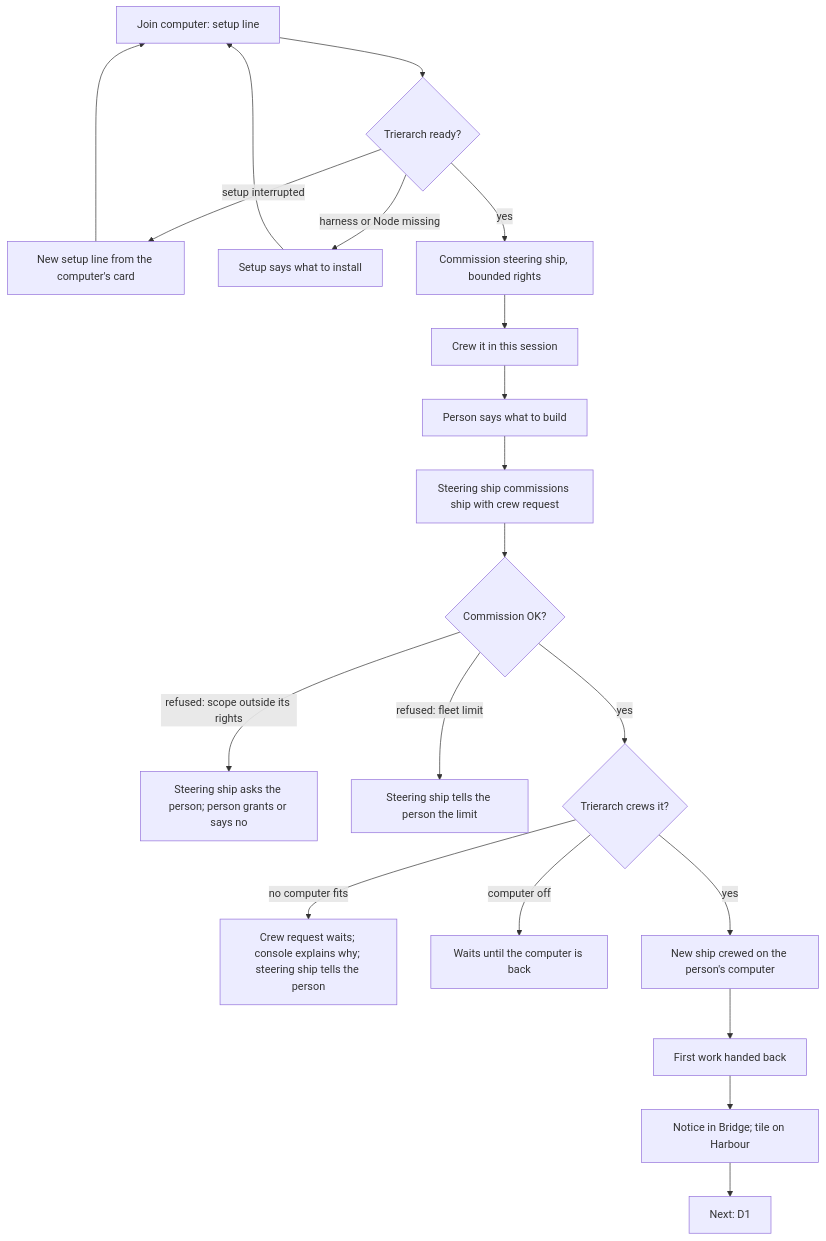
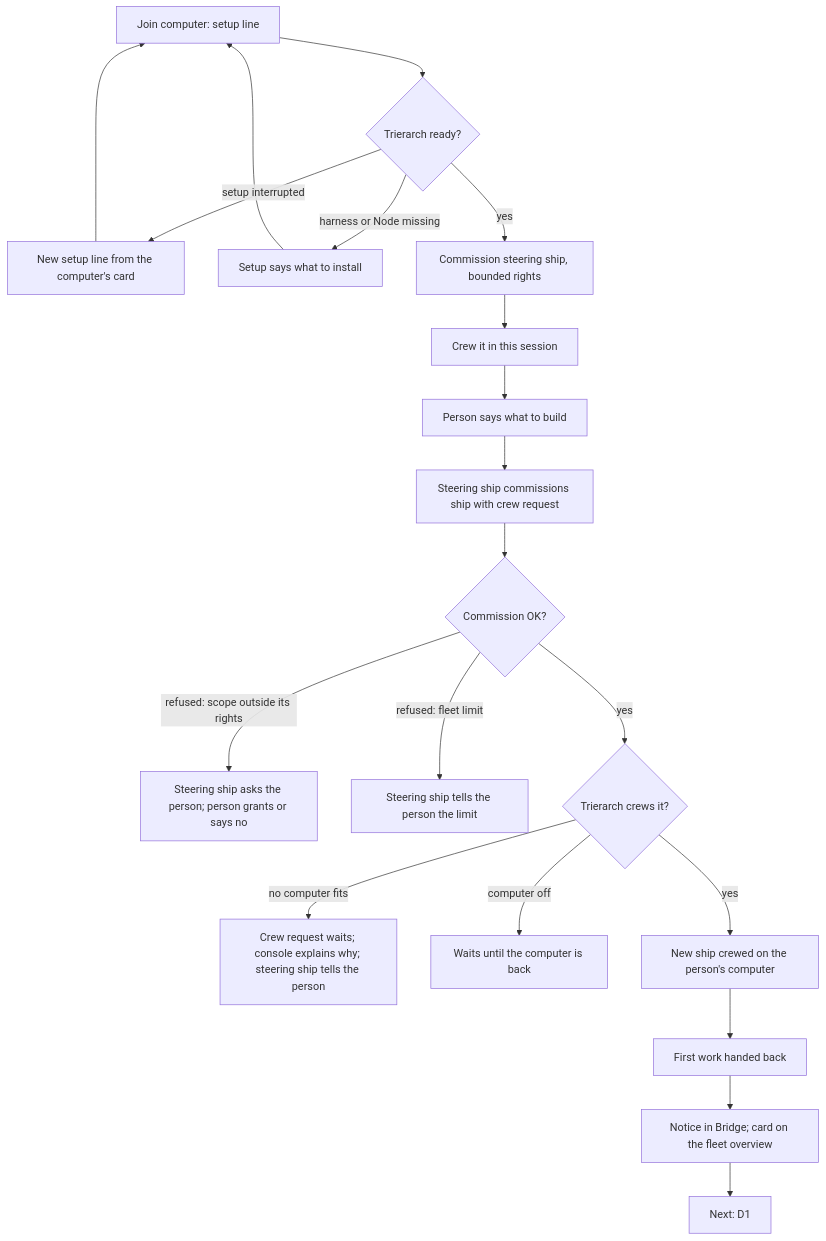
Before and after one commit to ThomasHendrickx/aeolus-fleet: the fifth of 9 diagrams in docs/design/hosted-onboarding/README.md, drawn with Mermaid. The commit also changed other lines of this file, not shown here.

````diff
--- a/docs/design/hosted-onboarding/README.md
+++ b/docs/design/hosted-onboarding/README.md
@@ -215,20 +225,20 @@
 ```mermaid
 flowchart TD
     a[Join computer: setup line] --> b{Trierarch ready?}
     b -->|setup interrupted| b1[New setup line from the computer's card] --> a
     b -->|harness or Node missing| b2[Setup says what to install] --> a
     b -->|yes| c[Commission steering ship, bounded rights]
     c --> d[Crew it in this session]
     d --> e[Person says what to build]
     e --> f[Steering ship commissions ship with crew request]
     f --> g{Commission OK?}
     g -->|refused: scope outside its rights| g1[Steering ship asks the person; person grants or says no]
     g -->|refused: fleet limit| g2[Steering ship tells the person the limit]
     g -->|yes| h{Trierarch crews it?}
     h -->|no computer fits| h1[Crew request waits; console explains why; steering ship tells the person]
     h -->|computer off| h2[Waits until the computer is back]
     h -->|yes| i[New ship crewed on the person's computer]
     i --> j[First work handed back]
-    j --> k[Notice in Bridge; tile on Harbour]
+    j --> k[Notice in Bridge; card on the fleet overview]
     k --> l[Next: D1]
 ```
````
